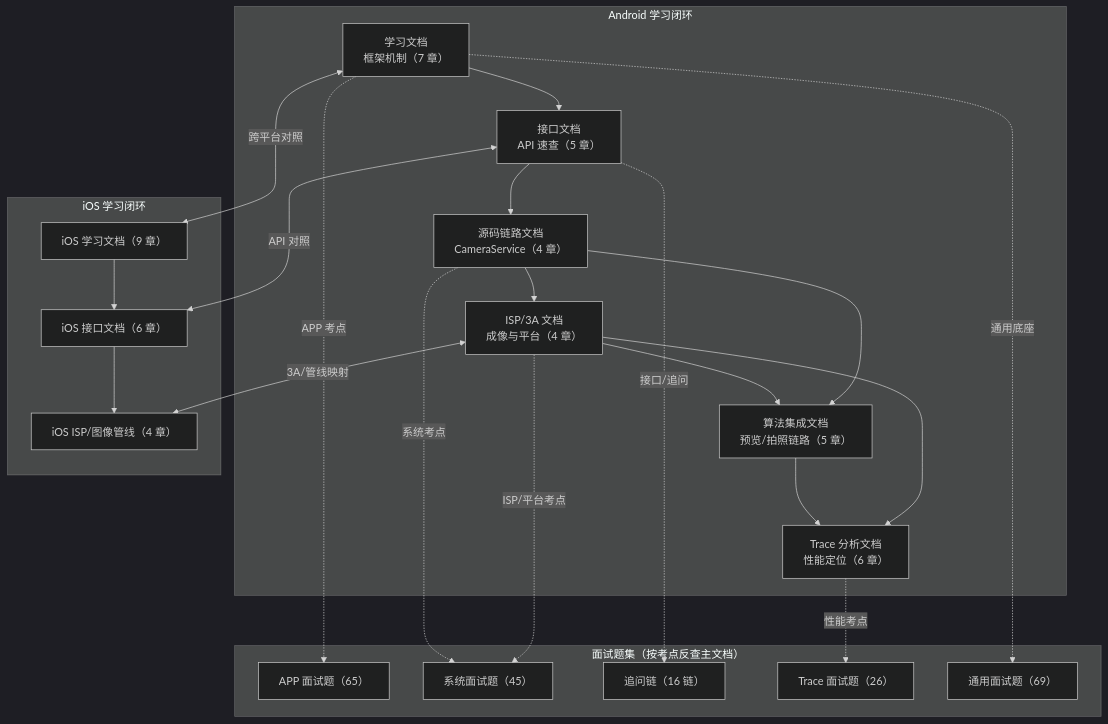
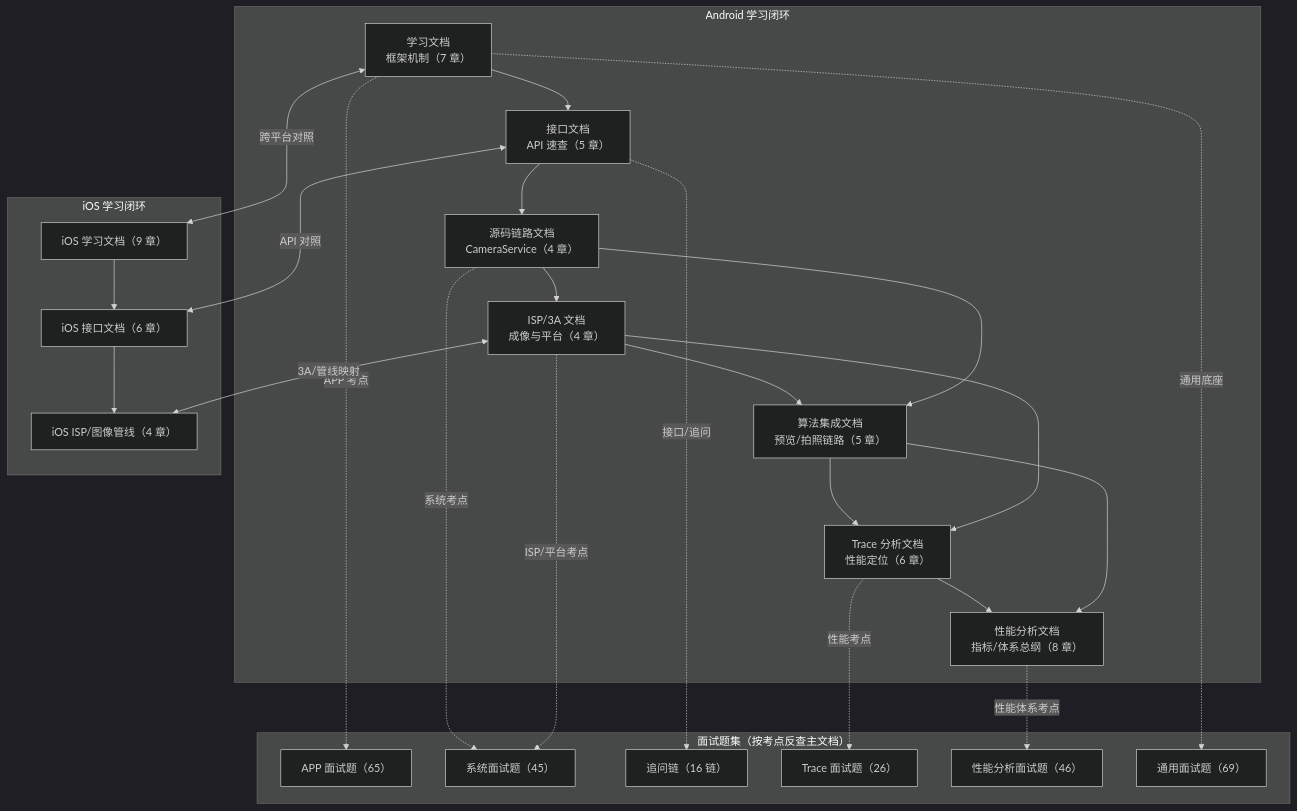
One commit to ChiangyangNPU/camera-learning changed the diagram in README.md. Above: the diagram before and after it, drawn with Mermaid (dark theme). The commit also changed other lines of this file and 11 other files, not shown here.

````diff
--- a/README.md
+++ b/README.md
@@ -9,32 +9,36 @@
 ```mermaid
 flowchart TB
     subgraph AND["Android 学习闭环"]
         A1["学习文档<br/>框架机制（7 章）"] --> A2["接口文档<br/>API 速查（5 章）"]
         A2 --> A3["源码链路文档<br/>CameraService（4 章）"]
         A3 --> A4["ISP/3A 文档<br/>成像与平台（4 章）"]
         A4 --> A5["算法集成文档<br/>预览/拍照链路（5 章）"]
         A3 --> A5
         A5 --> A6["Trace 分析文档<br/>性能定位（6 章）"]
         A4 --> A6
+        A6 --> A7["性能分析文档<br/>指标/体系总纲（8 章）"]
+        A5 --> A7
     end
     subgraph IV["面试题集（按考点反查主文档）"]
         Q1["APP 面试题（65）"]
         Q2["系统面试题（45）"]
         Q3["追问链（16 链）"]
         Q4["Trace 面试题（26）"]
+        Q6["性能分析面试题（46）"]
         Q5["通用面试题（69）"]
     end
     subgraph IOS["iOS 学习闭环"]
         B1["iOS 学习文档（9 章）"] --> B2["iOS 接口文档（6 章）"]
         B2 --> B3["iOS ISP/图像管线（4 章）"]
     end
     A1 -.->|"APP 考点"| Q1
     A2 -.->|"接口/追问"| Q3
     A3 -.->|"系统考点"| Q2
     A4 -.->|"ISP/平台考点"| Q2
     A6 -.->|"性能考点"| Q4
+    A7 -.->|"性能体系考点"| Q6
     A1 -.->|"通用底座"| Q5
     A1 <-->|"跨平台对照"| B1
     A2 <-->|"API 对照"| B2
     A4 <-->|"3A/管线映射"| B3
 ```
````
